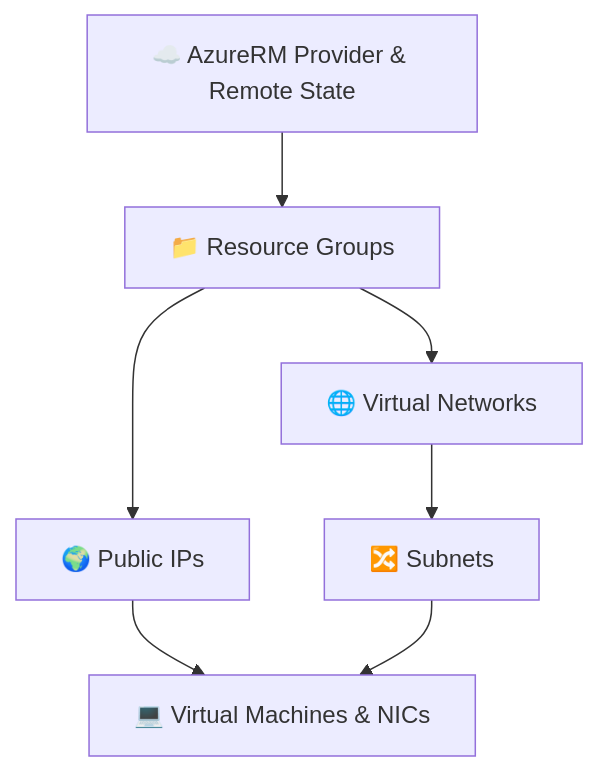
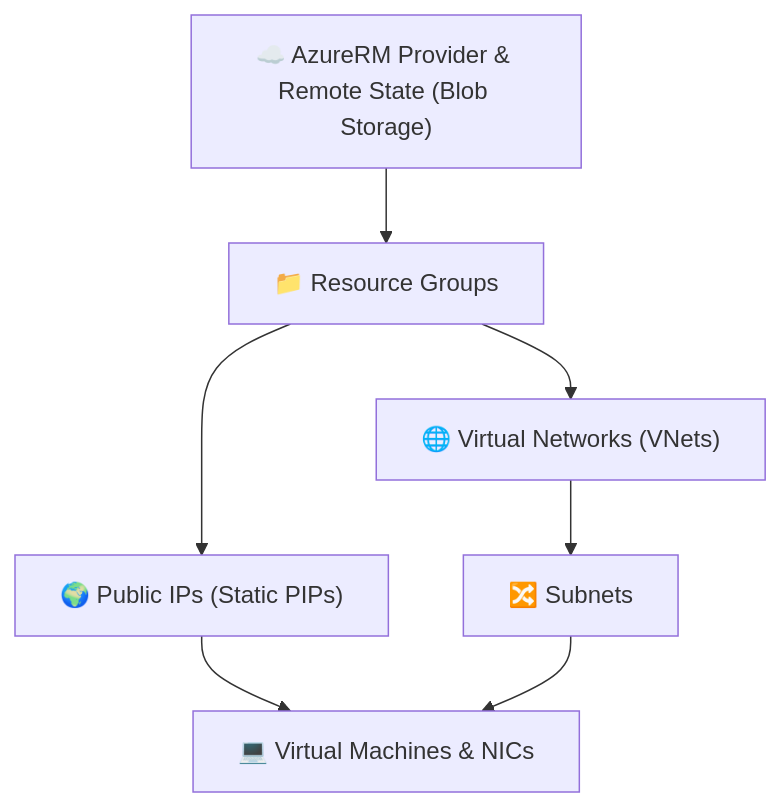
The diagram in README.md (aankur300/terraform_code_08282026), drawn with Mermaid before and after one commit. The commit also changed other lines of this file, not shown here.

````diff
--- a/README.md
+++ b/README.md
@@ -46,9 +48,9 @@
 ```mermaid
 graph TD
-    A["☁️ AzureRM Provider & Remote State"] --> B["📁 Resource Groups"]
-    B --> C["🌐 Virtual Networks"]
-    B --> D["🌍 Public IPs"]
+    A["☁️ AzureRM Provider & Remote State (Blob Storage)"] --> B["📁 Resource Groups"]
+    B --> C["🌐 Virtual Networks (VNets)"]
+    B --> D["🌍 Public IPs (Static PIPs)"]
     C --> E["🔀 Subnets"]
     D --> F["💻 Virtual Machines & NICs"]
     E --> F
 ```
````
